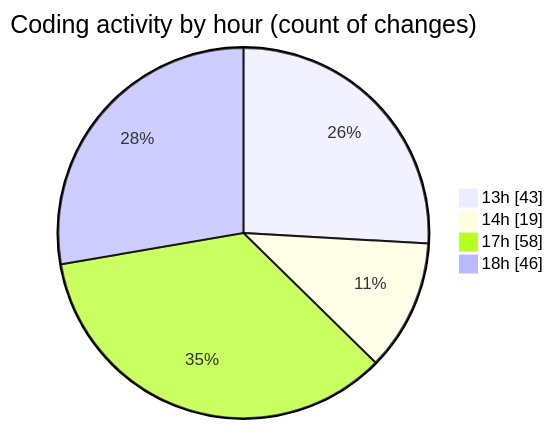
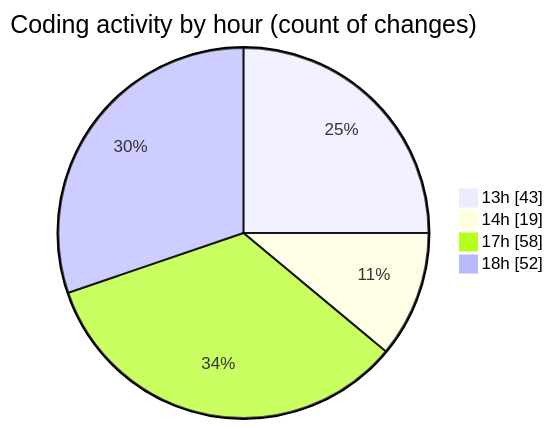
One commit to MatusMokan/code-tracking changed the second of 2 diagrams in 2025-10-04/untitled__workspace_/README.md. Above: the diagram before and after it, drawn with Mermaid. The commit also changed other lines of this file and 1 other file, not shown here.

````diff
--- a/2025-10-04/untitled__workspace_/README.md
+++ b/2025-10-04/untitled__workspace_/README.md
@@ -48,8 +48,8 @@
 ```mermaid
 pie showData
 title Coding activity by hour (count of changes)
 "13h" : 43
 "14h" : 19
 "17h" : 58
-"18h" : 46
+"18h" : 52
 ```
````
